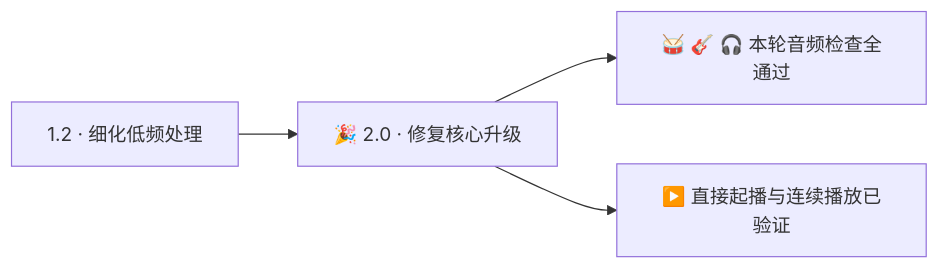
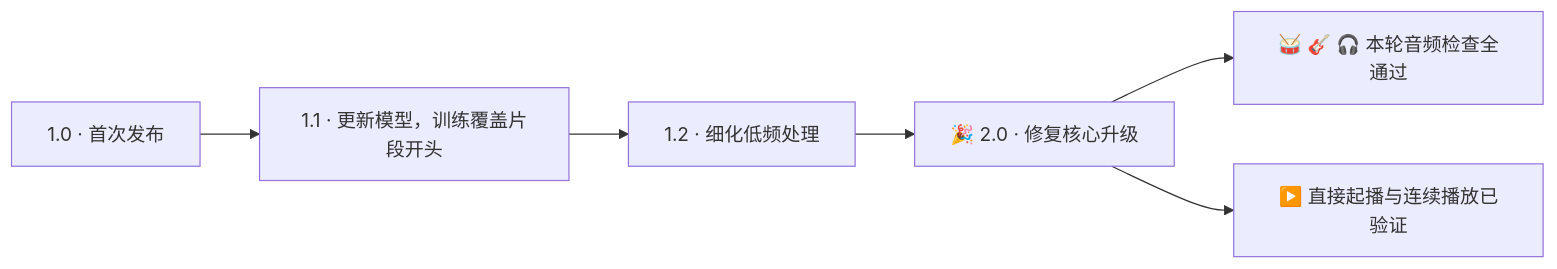
The diagram in README.zh-CN.md (coopermone/artifact-sweep), drawn with Mermaid before and after one commit.

Commit message:
Restore complete version timeline from 1.0 through 2.0

````diff
--- a/README.zh-CN.md
+++ b/README.zh-CN.md
@@ -85,6 +85,8 @@
 ```mermaid
 flowchart LR
+    V10["1.0 · 首次发布"] --> V11["1.1 · 更新模型，训练覆盖片段开头"]
+    V11 --> V12
     V12["1.2 · 细化低频处理"] --> V20["🎉 2.0 · 修复核心升级"]
     V20 --> Audio["🥁 🎸 🎧 本轮音频检查全通过"]
     V20 --> Playback["▶️ 直接起播与连续播放已验证"]
 ```
````
